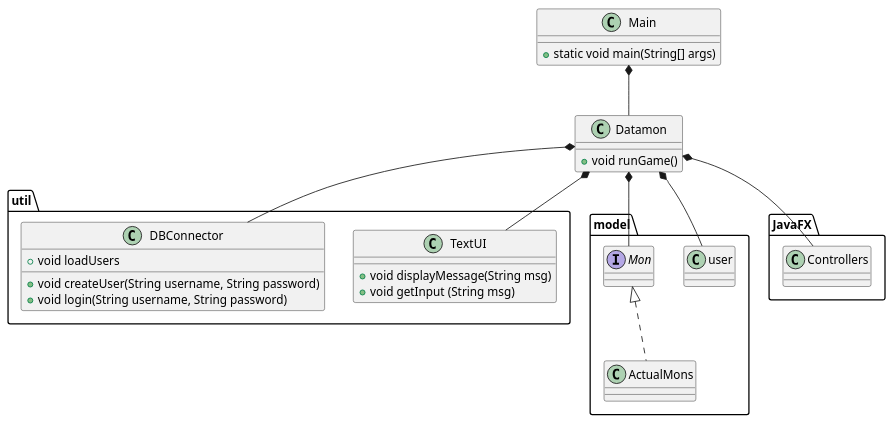
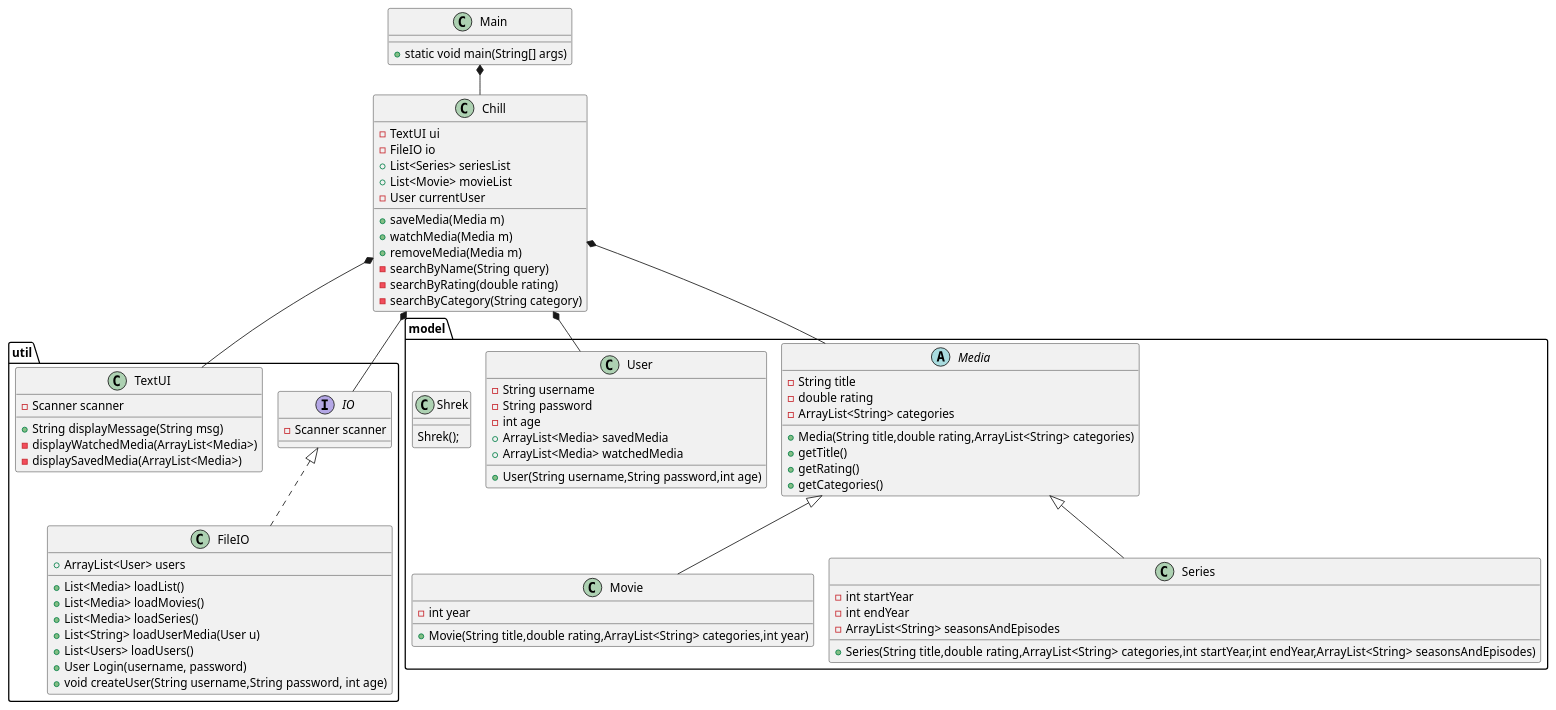
The diagram in doc/class.puml (Magi2106/ICE), drawn with PlantUML before and after one commit. The commit also changed 1 other file, not shown here.

```diff
--- a/doc/class.puml
+++ b/doc/class.puml
@@ -1,53 +1,91 @@
 @startuml
 'https://plantuml.com/class-diagram
+!pragma layout smetana
 
 class Main{
-    + static void main(String[] args)
+    +static void main(String[] args)
 }
-class Datamon{
-    + void runGame()
+
+class Chill{
+    -TextUI ui
+    -FileIO io
+    +List<Series> seriesList
+    +List<Movie> movieList
+    -User currentUser
+    +saveMedia(Media m)
+    +watchMedia(Media m)
+    +removeMedia(Media m)
+    -searchByName(String query)
+    -searchByRating(double rating)
+    -searchByCategory(String category)
 }
 
 package "util"{
-    class TextUI{
-        + void displayMessage(String msg)
-        + void getInput (String msg)
+    Interface IO{
+        -Scanner scanner
     }
-    class DBConnector{
-        + void loadUsers
-        + void createUser(String username, String password)
-        + void login(String username, String password)
+
+    class FileIO implements IO{
+        +ArrayList<User> users
+        +List<Media> loadList()
+        +List<Media> loadMovies()
+        +List<Media> loadSeries()
+        +List<String> loadUserMedia(User u)
+        +List<Users> loadUsers()
+        +User Login(username, password)
+        +void createUser(String username,String password, int age)
 
     }
-}
-package "model" {
-    class user{
 
-    }
-    interface Mon{
-
-    }
-    class ActualMons implements Mon{
-
+    class TextUI{
+        -Scanner scanner
+        +String displayMessage(String msg)
+        -displayWatchedMedia(ArrayList<Media>)
+        -displaySavedMedia(ArrayList<Media>)
     }
 }
 
-package "JavaFX"{
-    class Controllers
+package "model"{
+    abstract class Media{
+        -String title
+        -double rating
+        -ArrayList<String> categories
+        +Media(String title,double rating,ArrayList<String> categories)
+        +getTitle()
+        +getRating()
+        +getCategories()
+    }
+
+    class Movie extends Media{
+        -int year
+        +Movie(String title,double rating,ArrayList<String> categories,int year)
+    }
+
+    class Series extends Media{
+        -int startYear
+        -int endYear
+        -ArrayList<String> seasonsAndEpisodes
+        +Series(String title,double rating,ArrayList<String> categories,int startYear,int endYear,ArrayList<String> seasonsAndEpisodes)
+    }
+
+    class User{
+        -String username
+        -String password
+        -int age
+        +ArrayList<Media> savedMedia
+        +ArrayList<Media> watchedMedia
+        +User(String username,String password,int age)
+    }
+    class Shrek {
+    Shrek();
+    }
 }
 
-Main *-- Datamon
-Datamon *-- Mon
-Datamon *-- TextUI
-Datamon *-- DBConnector
-Datamon *-- user
-Datamon *-- Controllers
-
-
-
-
-
-
+Main *-- Chill
+Chill *-- TextUI
+Chill *-- User
+Chill *-- Media
+Chill *-- IO
 
 
 @enduml
```
